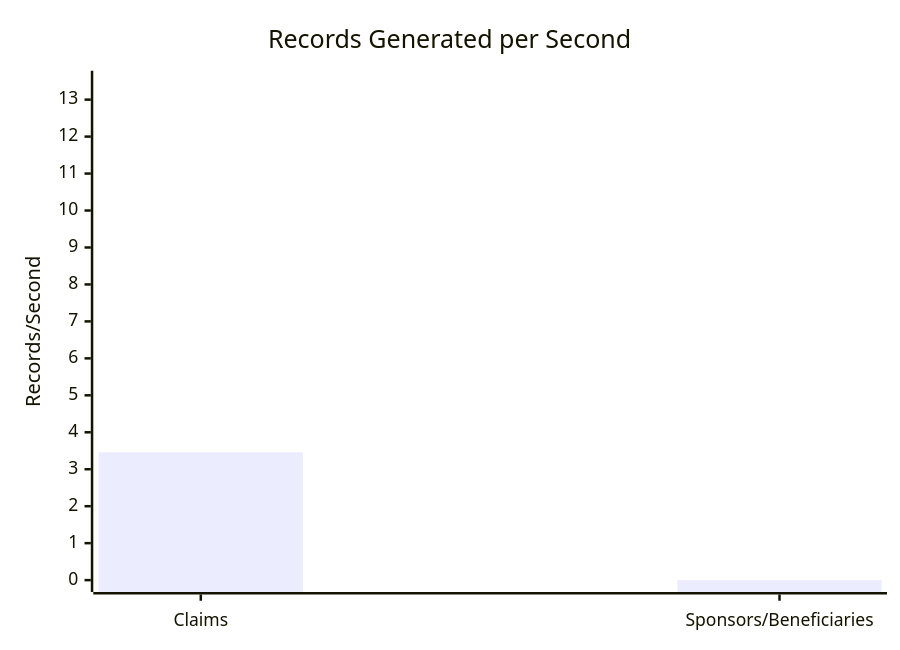
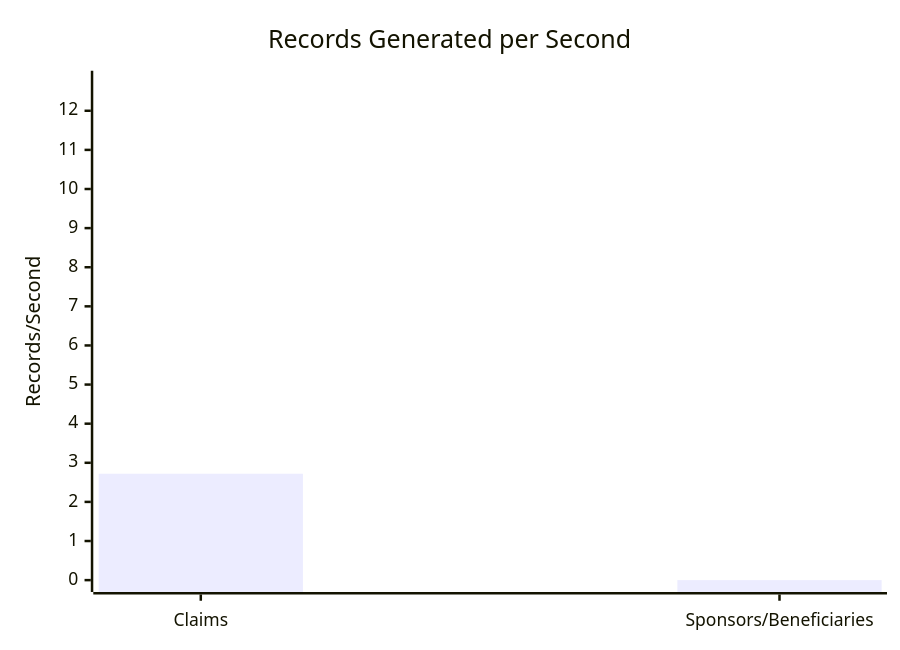
One commit to dhagan-va/intern-2025 changed the first of 11 diagrams in test-tools/DataGen/src/Statistics_Visualizer.md. Above: the diagram before and after it, drawn with Mermaid. The commit also changed other lines of this file and 3 other files, not shown here.

````diff
--- a/test-tools/DataGen/src/Statistics_Visualizer.md
+++ b/test-tools/DataGen/src/Statistics_Visualizer.md
@@ -18,7 +18,7 @@
 ```mermaid
 xychart-beta
     title "Records Generated per Second"
     x-axis ["Claims", "Sponsors/Beneficiaries"]
-    y-axis "Records/Second" 0 --> 13.460212401678064
-    bar [3.4602124016780644, 0.0]
+    y-axis "Records/Second" 0 --> 12.719850995683053
+    bar [2.7198509956830526, 0.0]
 ```
````
